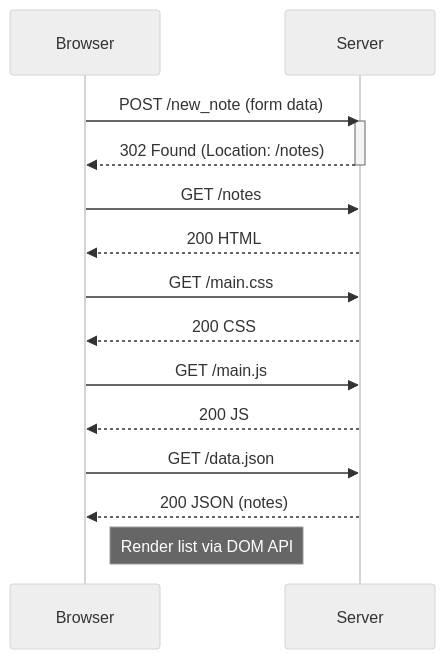
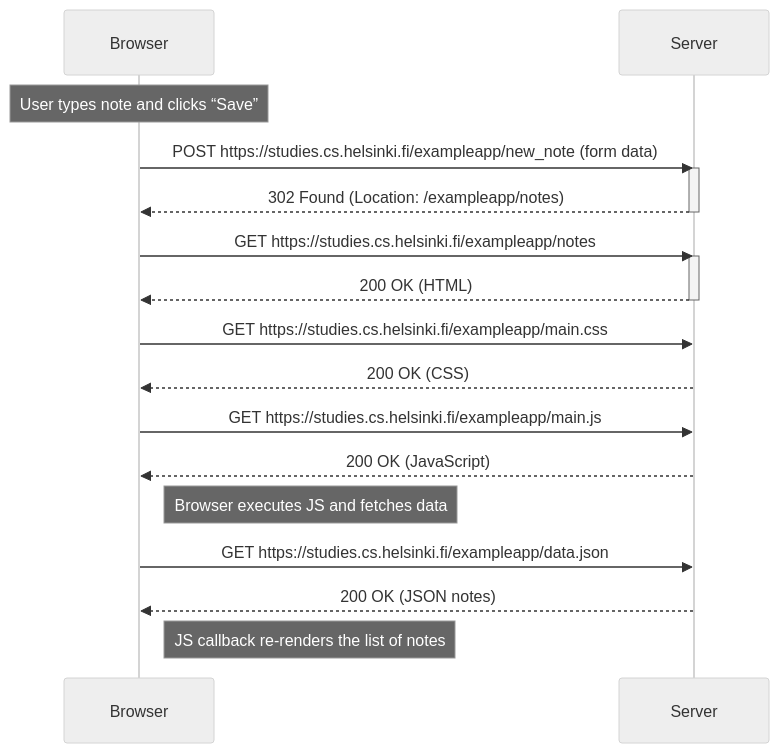
One commit to itsnothuy/FullStackOpen-Dairy changed the diagram in part0/0.4-new-note-sequence.md. Above: the diagram before and after it, drawn with Mermaid (neutral theme). The commit also changed other lines of this file, not shown here.

````diff
--- a/part0/0.4-new-note-sequence.md
+++ b/part0/0.4-new-note-sequence.md
@@ -5,18 +5,30 @@
 ```mermaid
 sequenceDiagram
-  participant B as Browser
-  participant S as Server
-  B->>S: POST /new_note (form data)
-  activate S
-  S-->>B: 302 Found (Location: /notes)
-  deactivate S
-  B->>S: GET /notes
-  S-->>B: 200 HTML
-  B->>S: GET /main.css
-  S-->>B: 200 CSS
-  B->>S: GET /main.js
-  S-->>B: 200 JS
-  B->>S: GET /data.json
-  S-->>B: 200 JSON (notes)
-  Note right of B: Render list via DOM API
+    participant browser as Browser
+    participant server as Server
+
+    Note over browser: User types note and clicks “Save”
+
+    browser->>server: POST https://studies.cs.helsinki.fi/exampleapp/new_note (form data)
+    activate server
+    server-->>browser: 302 Found (Location: /exampleapp/notes)
+    deactivate server
+
+    browser->>server: GET https://studies.cs.helsinki.fi/exampleapp/notes
+    activate server
+    server-->>browser: 200 OK (HTML)
+    deactivate server
+
+    browser->>server: GET https://studies.cs.helsinki.fi/exampleapp/main.css
+    server-->>browser: 200 OK (CSS)
+
+    browser->>server: GET https://studies.cs.helsinki.fi/exampleapp/main.js
+    server-->>browser: 200 OK (JavaScript)
+
+    Note right of browser: Browser executes JS and fetches data
+
+    browser->>server: GET https://studies.cs.helsinki.fi/exampleapp/data.json
+    server-->>browser: 200 OK (JSON notes)
+
+    Note right of browser: JS callback re-renders the list of notes
 ```
````
